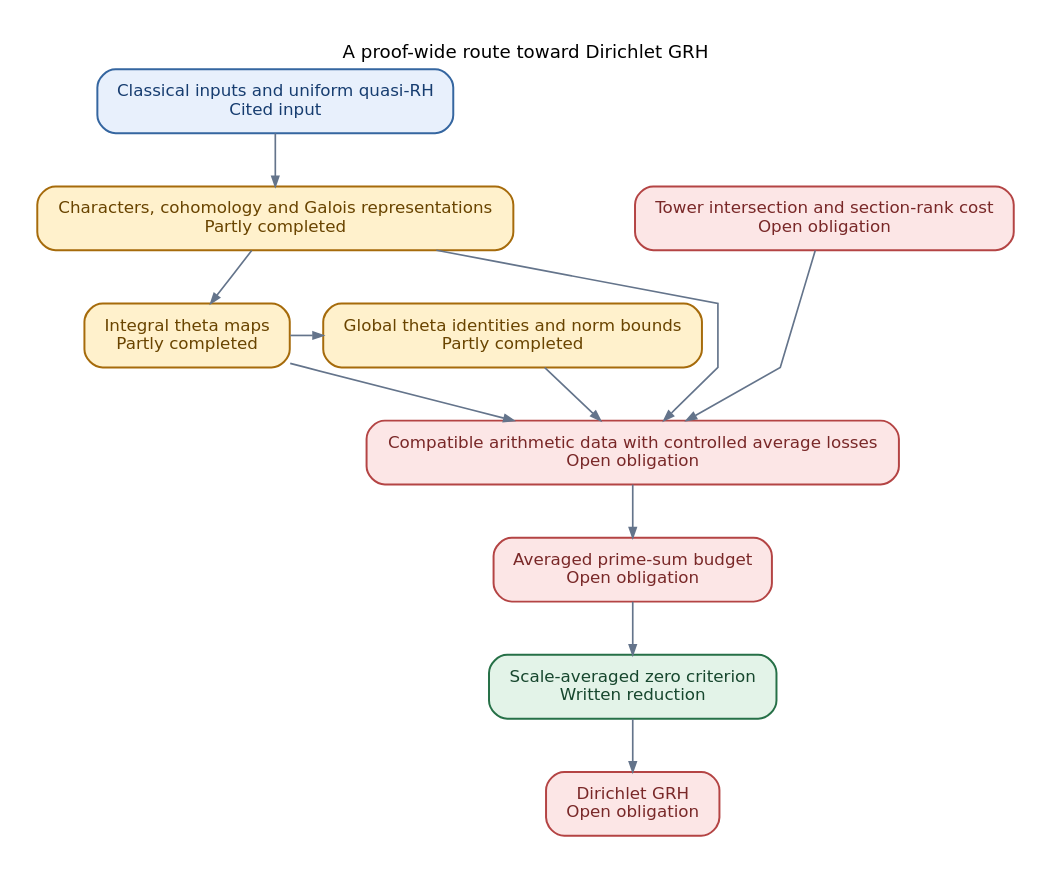
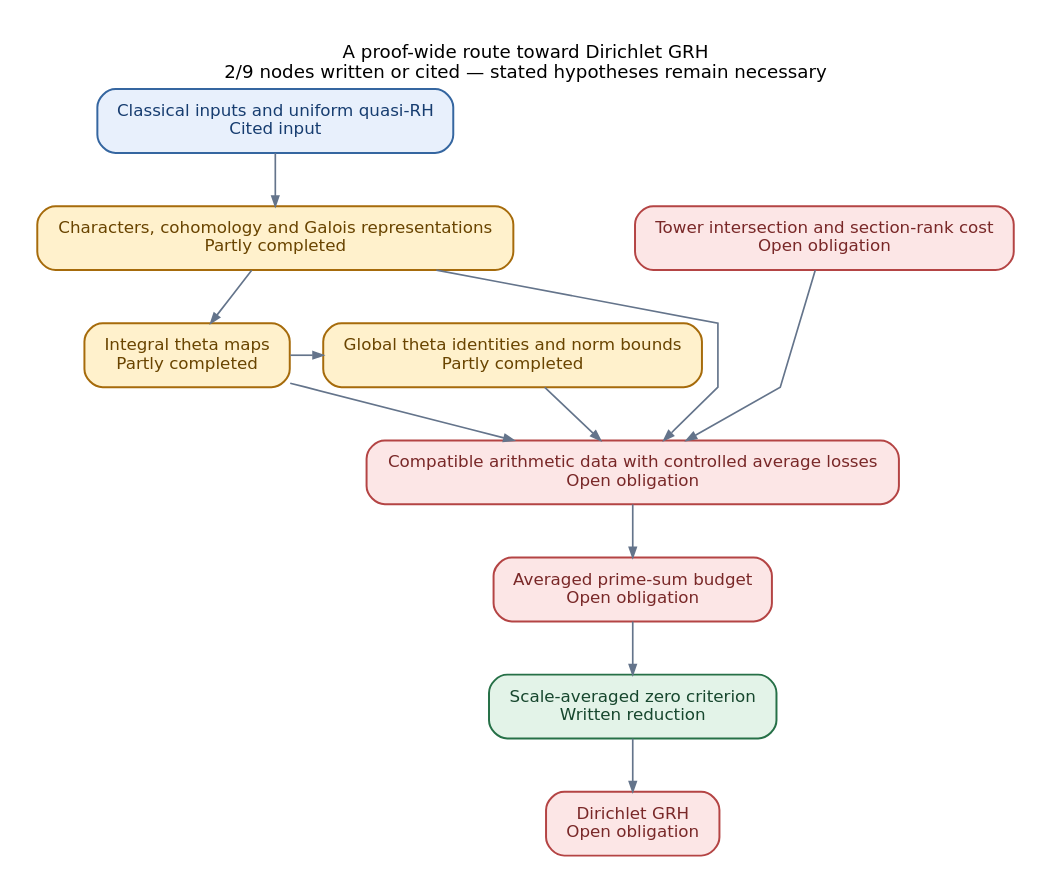
The diagram in blueprint/overview.dot (JoseBrox/GRH_distillation), drawn with Graphviz before and after one commit. The commit also changed 24 other files, not shown here.

Commit message:
Expose the ordinary RH proof map and keep route counts visible

```diff
--- a/blueprint/overview.dot
+++ b/blueprint/overview.dot
@@ -1,28 +1,28 @@
 digraph proof {
 graph [rankdir=TB, bgcolor="white", pad="0.24", nodesep="0.30", ranksep="0.48",
-  fontname="DejaVu Sans", fontsize=12, labelloc=t, label="A proof-wide route toward Dirichlet GRH", splines=polyline];
+  fontname="DejaVu Sans", fontsize=12, labelloc=t, label="A proof-wide route toward Dirichlet GRH\n2/9 nodes written or cited — stated hypotheses remain necessary", splines=polyline];
 node [shape=box, style="rounded,filled", fontname="DejaVu Sans", fontsize=11,
   margin="0.18,0.12", penwidth=1.3];
 edge [color="#64748B", penwidth=1.1, arrowsize=0.65];
 "inputs" [label="Classical inputs and uniform quasi-RH\nCited input", fillcolor="#E8F0FC", color="#3566A0", fontcolor="#173D70"];
 "arithmetic" [label="Characters, cohomology and Galois representations\nPartly completed", fillcolor="#FFF1CC", color="#A66B0B", fontcolor="#694400"];
 "theta" [label="Integral theta maps\nPartly completed", fillcolor="#FFF1CC", color="#A66B0B", fontcolor="#694400"];
 "geometry" [label="Tower intersection and section-rank cost\nOpen obligation", fillcolor="#FCE6E6", color="#B44444", fontcolor="#792828"];
 "global_norms" [label="Global theta identities and norm bounds\nPartly completed", fillcolor="#FFF1CC", color="#A66B0B", fontcolor="#694400"];
 "compatible" [label="Compatible arithmetic data with controlled average losses\nOpen obligation", fillcolor="#FCE6E6", color="#B44444", fontcolor="#792828"];
 "bound" [label="Averaged prime-sum budget\nOpen obligation", fillcolor="#FCE6E6", color="#B44444", fontcolor="#792828"];
 "criterion" [label="Scale-averaged zero criterion\nWritten reduction", fillcolor="#E3F3E8", color="#267047", fontcolor="#17472E"];
 "grh" [label="Dirichlet GRH\nOpen obligation", fillcolor="#FCE6E6", color="#B44444", fontcolor="#792828"];
 "inputs" -> "arithmetic";
 "arithmetic" -> "theta";
 "theta" -> "global_norms";
 "arithmetic" -> "compatible";
 "theta" -> "compatible";
 "geometry" -> "compatible";
 "global_norms" -> "compatible";
 "compatible" -> "bound";
 "bound" -> "criterion";
 "criterion" -> "grh";
 {rank=same; "arithmetic"; "geometry";}
 {rank=same; "theta"; "global_norms";}
 }
```
